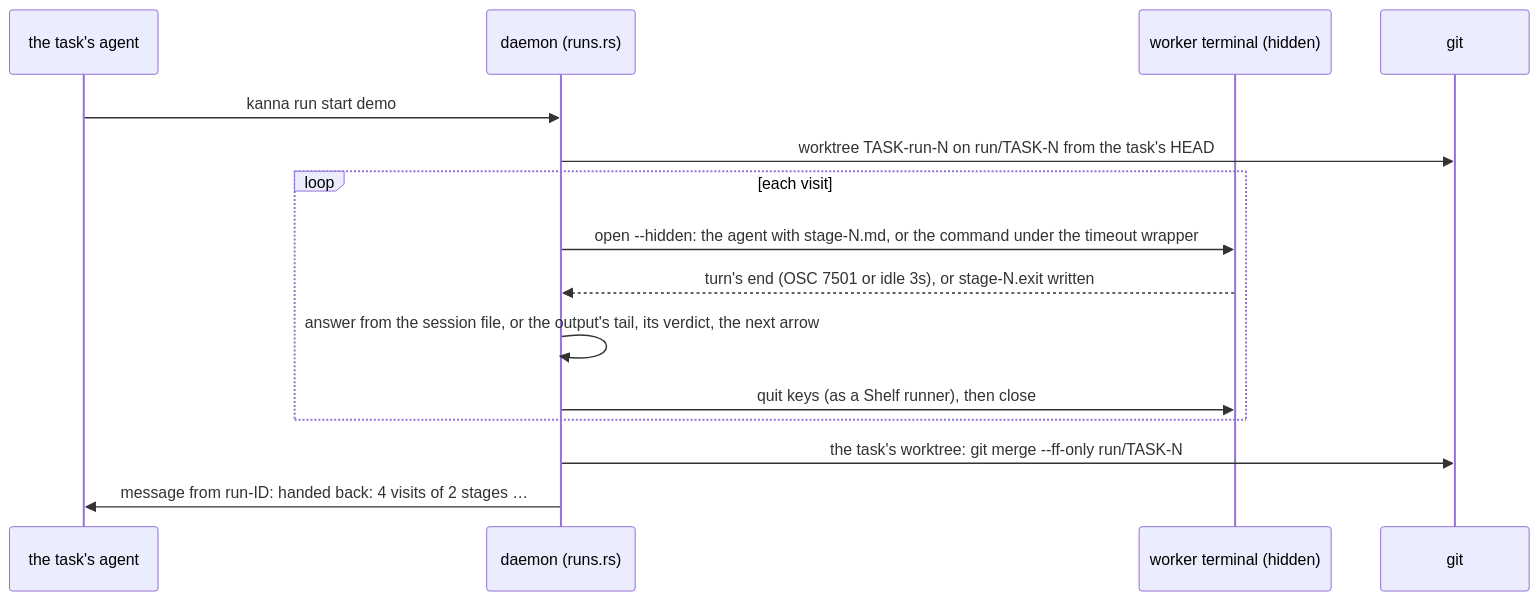
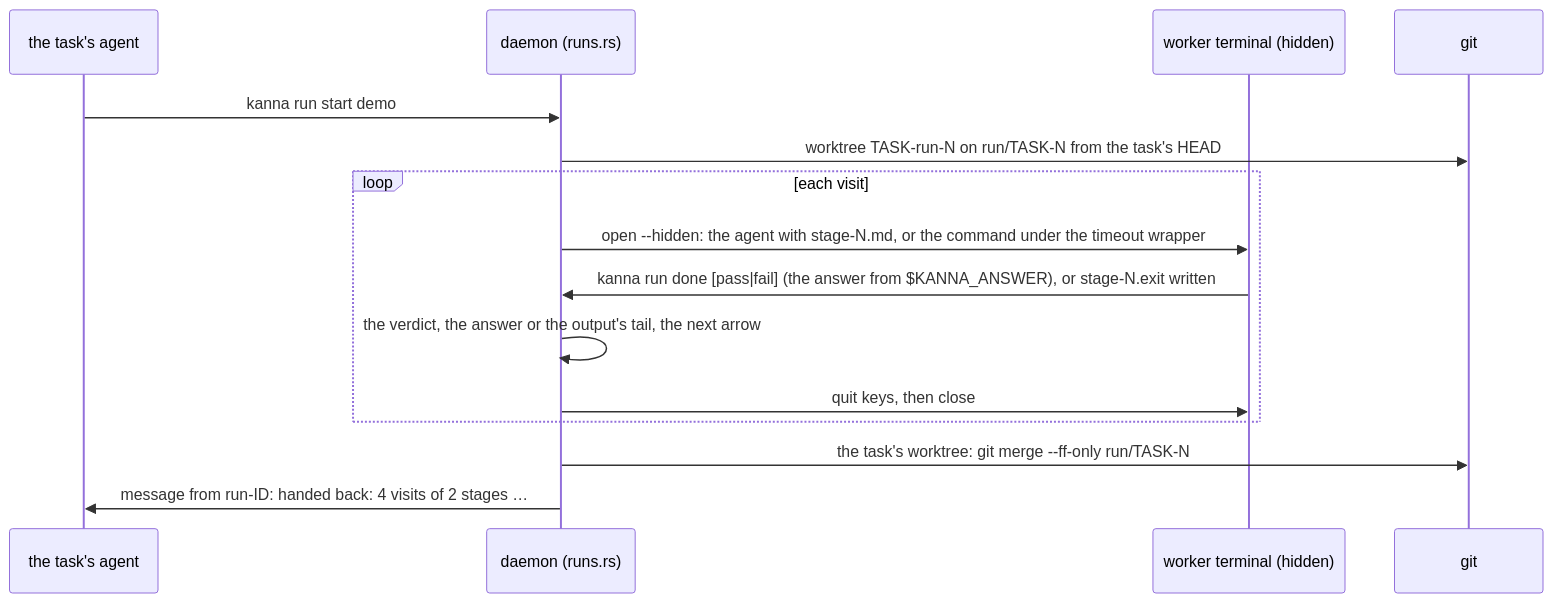
The fifth of 5 diagrams in docs/specs/software-factory.md (tampopogk/kanna), drawn with Mermaid before and after one commit. The commit also changed other lines of this file and 15 other files, not shown here.

Commit message:
A stage reports its own end: kanna run done [pass|fail] and kanna run need; no turn or idle detection, no session-file answers; pipelines.agents in your config replaces KANNA_PIPELINE_AGENTS

````diff
--- a/docs/specs/software-factory.md
+++ b/docs/specs/software-factory.md
@@ -161,17 +161,17 @@
 ```mermaid
 sequenceDiagram
     participant A as the task's agent
     participant D as daemon (runs.rs)
     participant W as worker terminal (hidden)
     participant G as git
     A->>D: kanna run start demo
     D->>G: worktree TASK-run-N on run/TASK-N from the task's HEAD
     loop each visit
         D->>W: open --hidden: the agent with stage-N.md, or the command under the timeout wrapper
-        W-->>D: turn's end (OSC 7501 or idle 3s), or stage-N.exit written
-        D->>D: answer from the session file, or the output's tail, its verdict, the next arrow
-        D->>W: quit keys (as a Shelf runner), then close
+        W->>D: kanna run done [pass|fail] (the answer from $KANNA_ANSWER), or stage-N.exit written
+        D->>D: the verdict, the answer or the output's tail, the next arrow
+        D->>W: quit keys, then close
     end
     D->>G: the task's worktree: git merge --ff-only run/TASK-N
     D->>A: message from run-ID: handed back: 4 visits of 2 stages …
 ```
````
